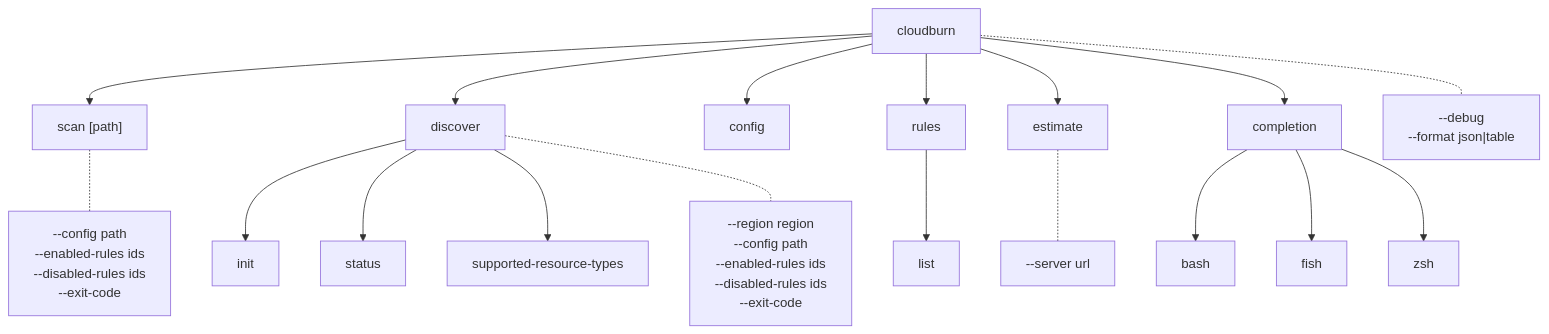
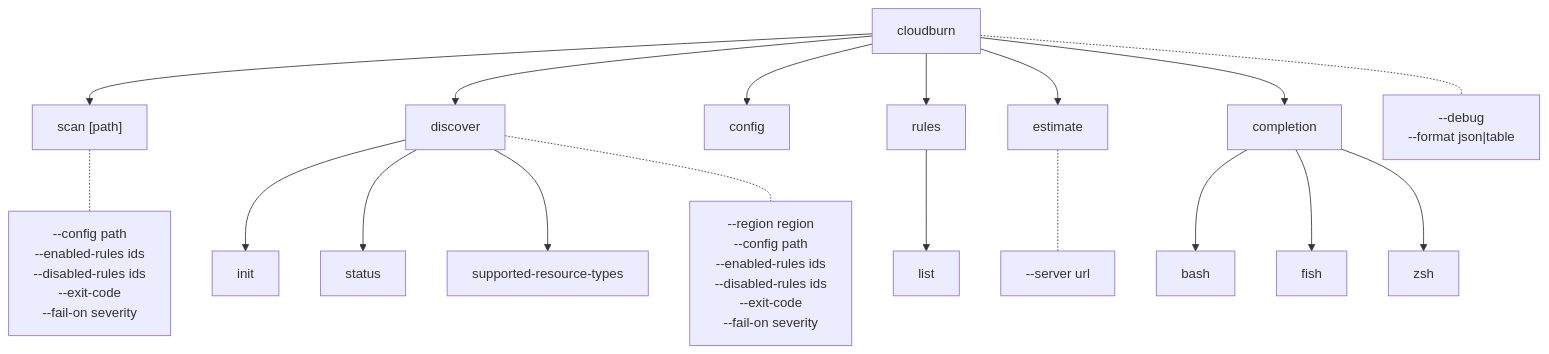
The first of 2 diagrams in docs/architecture/cli.md (towardsthecloud/cloudburn), drawn with Mermaid before and after one commit. The commit also changed other lines of this file and 195 other files, not shown here.

````diff
--- a/docs/architecture/cli.md
+++ b/docs/architecture/cli.md
@@ -5,21 +5,21 @@
 ```mermaid
 graph TD
   Root["cloudburn"] --> Scan["scan [path]"]
   Root --> Discover["discover"]
   Root --> Config["config"]
   Root --> Rules["rules"]
   Root --> Estimate["estimate"]
   Root --> Completion["completion"]
   Rules --> RulesList["list"]
   Discover --> DiscoverInit["init"]
   Discover --> DiscoverStatus["status"]
   Discover --> DiscoverTypes["supported-resource-types"]
   Completion --> CompletionBash["bash"]
   Completion --> CompletionFish["fish"]
   Completion --> CompletionZsh["zsh"]
 
   Root -.- RootFlags["--debug\n--format json|table"]
-  Scan -.- ScanFlags["--config path\n--enabled-rules ids\n--disabled-rules ids\n--exit-code"]
-  Discover -.- DiscoverFlags["--region region\n--config path\n--enabled-rules ids\n--disabled-rules ids\n--exit-code"]
+  Scan -.- ScanFlags["--config path\n--enabled-rules ids\n--disabled-rules ids\n--exit-code\n--fail-on severity"]
+  Discover -.- DiscoverFlags["--region region\n--config path\n--enabled-rules ids\n--disabled-rules ids\n--exit-code\n--fail-on severity"]
   Estimate -.- EstimateFlags["--server url"]
 ```
````
